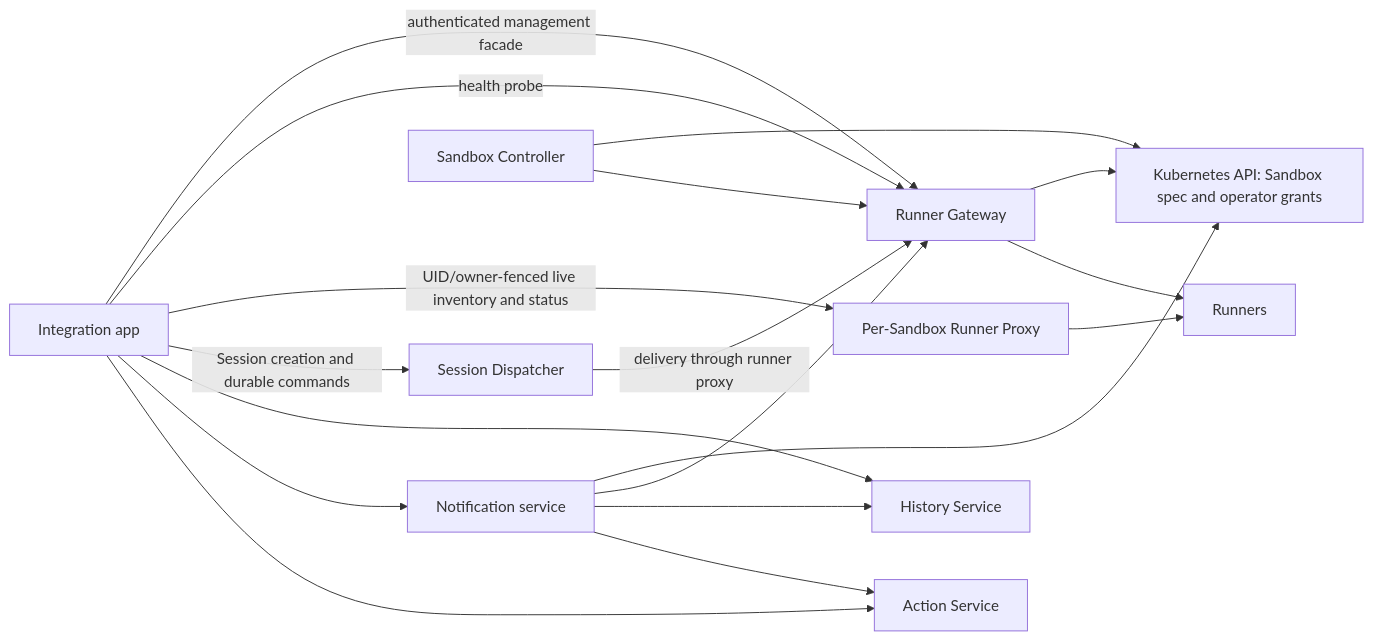
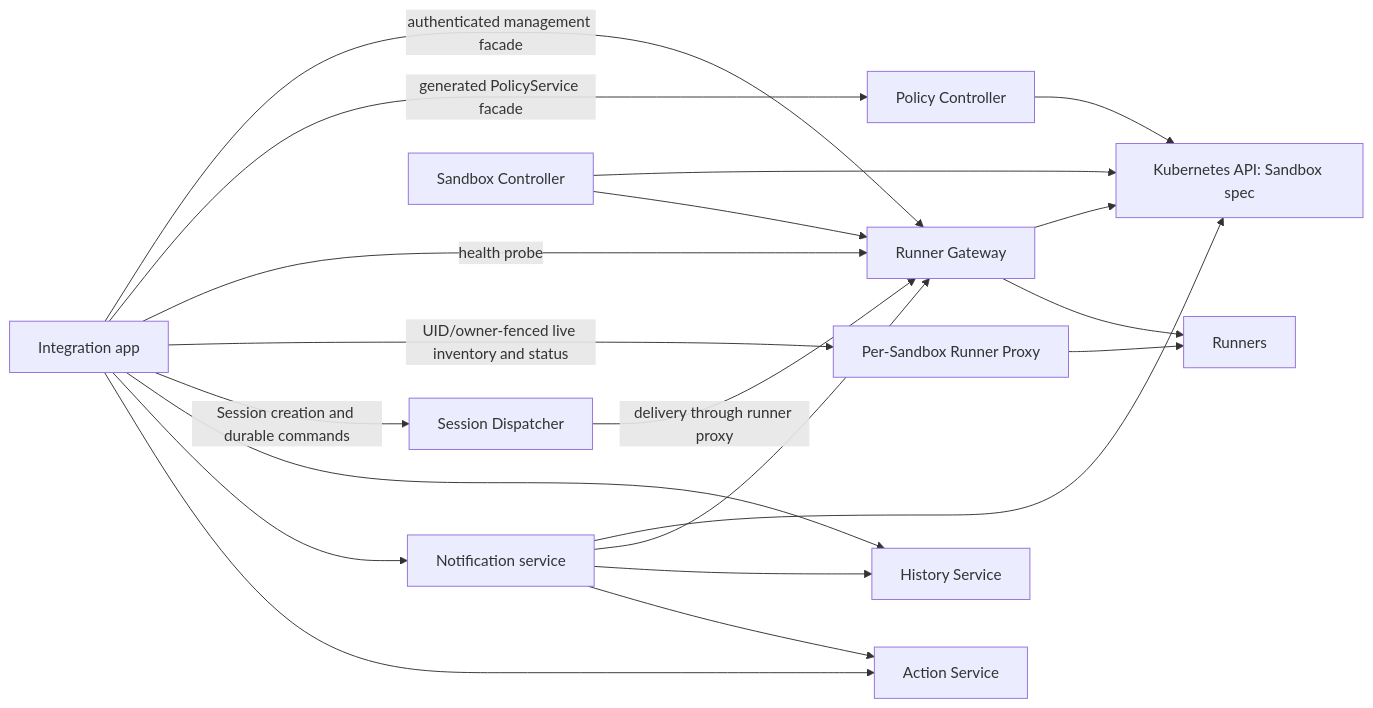
One commit to agentydragon/ducktape changed the diagram in agentplane/docs/service_boundaries.md. Above: the diagram before and after it, drawn with Mermaid. The commit also changed other lines of this file and 15 other files, not shown here.

Commit message:
Route Sandbox policy writes through PolicyService

````diff
--- a/agentplane/docs/service_boundaries.md
+++ b/agentplane/docs/service_boundaries.md
@@ -14,20 +14,22 @@
 ```mermaid
 flowchart LR
     App[Integration app] -->|authenticated management facade| Gateway[Runner Gateway]
-    Gateway --> Kubernetes[Kubernetes API: Sandbox spec and operator grants]
+    Gateway --> Kubernetes[Kubernetes API: Sandbox spec]
+    App -->|generated PolicyService facade| Policy[Policy Controller]
+    Policy --> Kubernetes
     App -->|health probe| Gateway
     App -->|UID/owner-fenced live inventory and status| Proxy[Per-Sandbox Runner Proxy]
     App -->|Session creation and durable commands| Dispatcher[Session Dispatcher]
     Dispatcher -->|delivery through runner proxy| Gateway
     App --> History[History Service]
     App --> Notifications[Notification service]
     App --> Actions[Action Service]
     Notifications --> Kubernetes
     Notifications --> Gateway
     Notifications --> History
     Notifications --> Actions
     Controller[Sandbox Controller] --> Kubernetes
     Controller --> Gateway
     Gateway --> Runners[Runners]
     Proxy --> Runners
 ```
````
